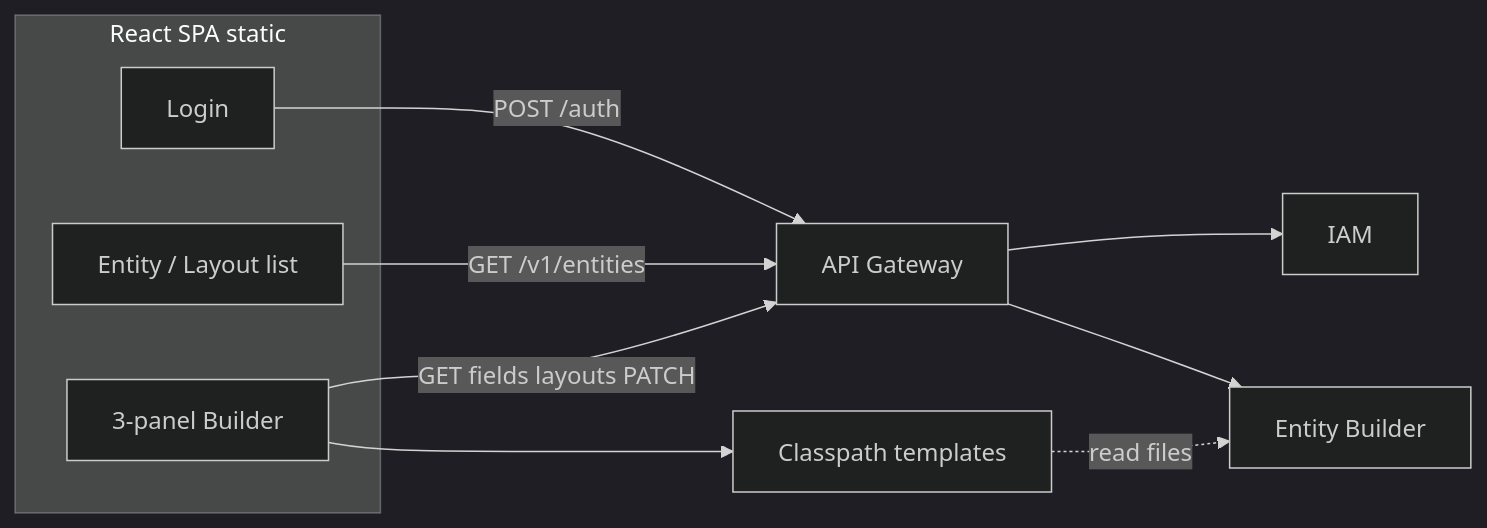
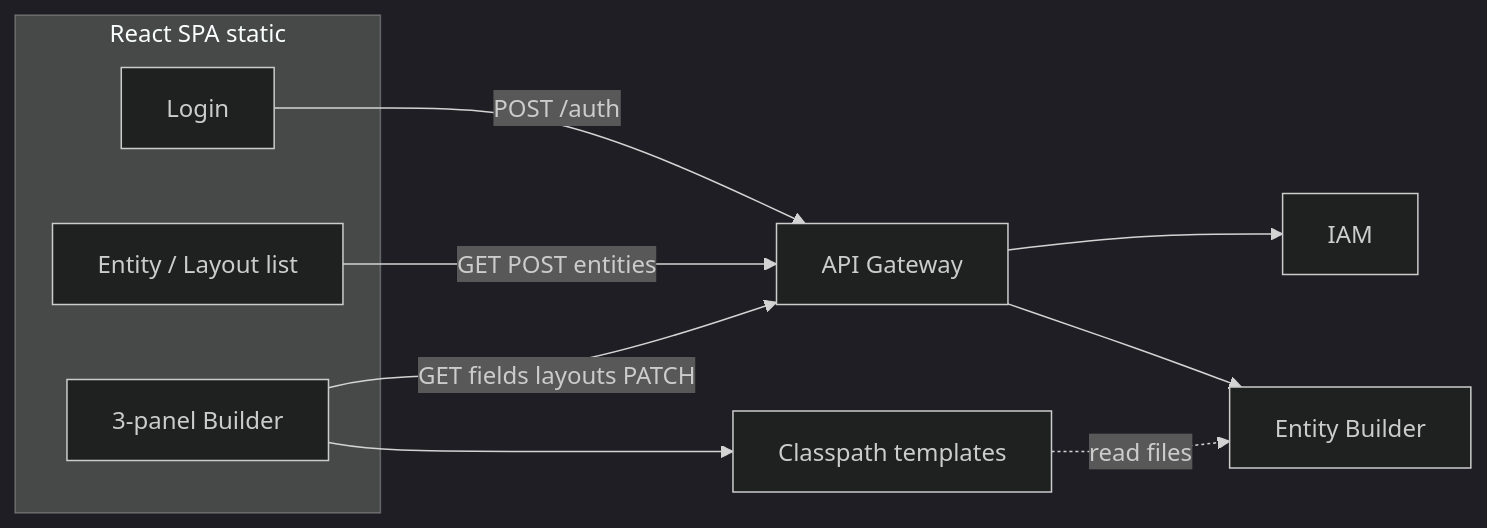
Before and after one commit to danddoe/ai: the diagram in design/Entity_Form_Builder_UI.md, drawn with Mermaid (dark theme). The commit also changed other lines of this file and 36 other files, not shown here.

````diff
--- a/design/Entity_Form_Builder_UI.md
+++ b/design/Entity_Form_Builder_UI.md
@@ -154,19 +168,19 @@
 ```mermaid
 flowchart LR
   subgraph client [React SPA static]
     Login[Login]
     Shell[Entity / Layout list]
     Builder[3-panel Builder]
   end
   GW[API Gateway]
   IAM[IAM]
   EB[Entity Builder]
   Lib[Classpath templates]
   Login -->|POST /auth| GW
   GW --> IAM
-  Shell -->|GET /v1/entities| GW
+  Shell -->|GET POST entities| GW
   Builder -->|GET fields layouts PATCH| GW
   GW --> EB
   Lib -.->|read files| EB
   Builder --> Lib
 ```
````
